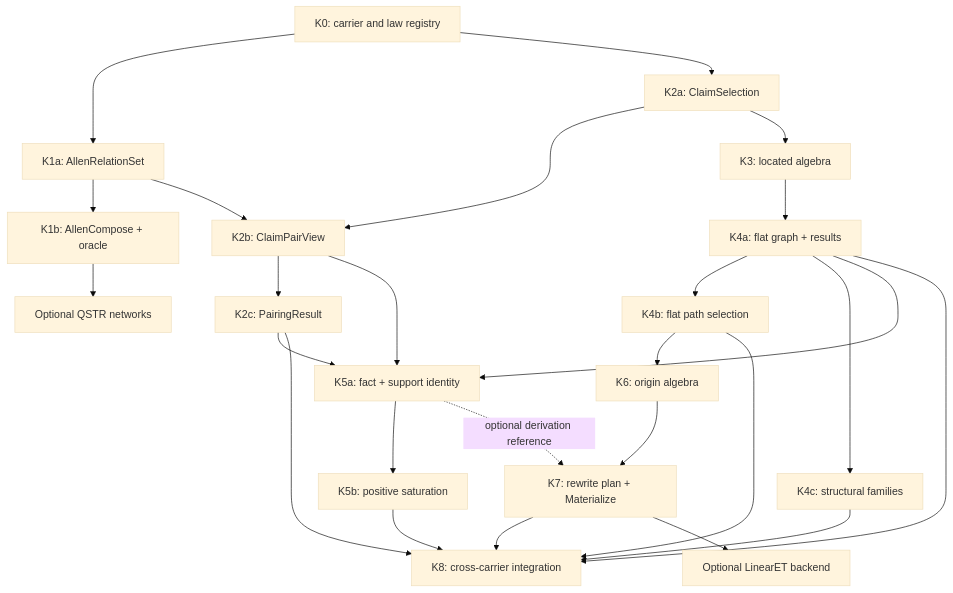
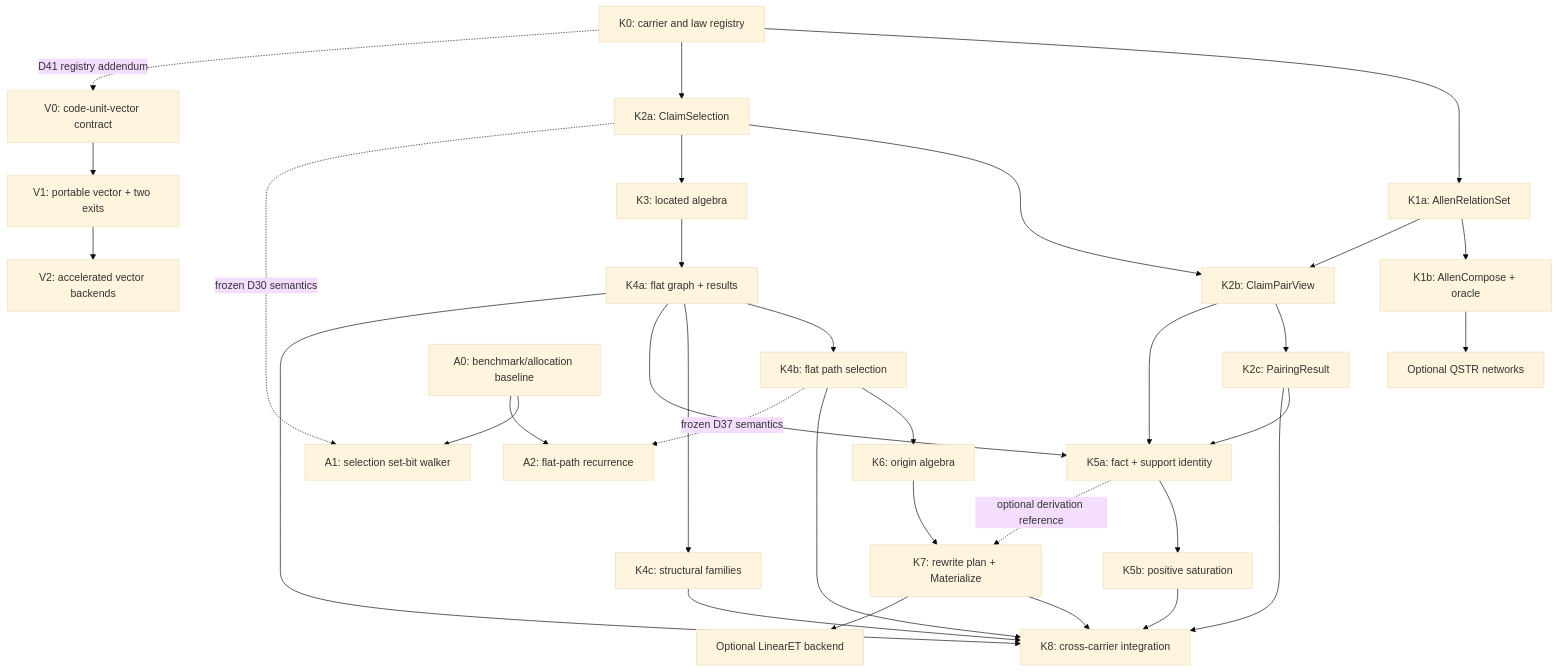
Before and after one commit to aghado01/codex-scientiae: the diagram in issues/doccer/planning/architecture-expansion-workplan.md, drawn with Mermaid (base theme). The commit also changed other lines of this file and 5 other files, not shown here.

```diff
--- a/issues/doccer/planning/architecture-expansion-workplan.md
+++ b/issues/doccer/planning/architecture-expansion-workplan.md
@@ -141,46 +144,59 @@
 ~~~mermaid
 flowchart TD
     K0["K0: carrier and law registry"]
     K1A["K1a: AllenRelationSet"]
     K1B["K1b: AllenCompose + oracle"]
     K2A["K2a: ClaimSelection"]
     K2B["K2b: ClaimPairView"]
     K2C["K2c: PairingResult"]
     K3["K3: located algebra"]
     K4A["K4a: flat graph + results"]
     K4B["K4b: flat path selection"]
     K4C["K4c: structural families"]
     K5A["K5a: fact + support identity"]
     K5B["K5b: positive saturation"]
     K6["K6: origin algebra"]
     K7["K7: rewrite plan + Materialize"]
     W["K8: cross-carrier integration"]
+    V0["V0: code-unit-vector contract"]
+    V1["V1: portable vector + two exits"]
+    V2["V2: accelerated vector backends"]
+    A0["A0: benchmark/allocation baseline"]
+    A1["A1: selection set-bit walker"]
+    A2["A2: flat-path recurrence"]
     Q["Optional QSTR networks"]
     ET["Optional LinearET backend"]
 
     K0 --> K1A
     K1A --> K1B
     K0 --> K2A
     K1A --> K2B
     K2A --> K2B
     K2B --> K2C
     K2A --> K3
     K3 --> K4A
     K4A --> K4B
     K4A --> K4C
     K2B --> K5A
     K2C --> K5A
     K4A --> K5A
     K5A --> K5B
     K4B --> K6
     K6 --> K7
     K5A -.->|optional derivation reference| K7
     K2C --> W
     K4A --> W
     K4B --> W
     K4C --> W
     K5B --> W
     K7 --> W
+    K0 -.->|D41 registry addendum| V0
+    V0 --> V1
+    V1 --> V2
+    A0 --> A1
+    A0 --> A2
+    K2A -.->|frozen D30 semantics| A1
+    K4B -.->|frozen D37 semantics| A2
     K1B --> Q
     K7 --> ET
 ~~~
```
